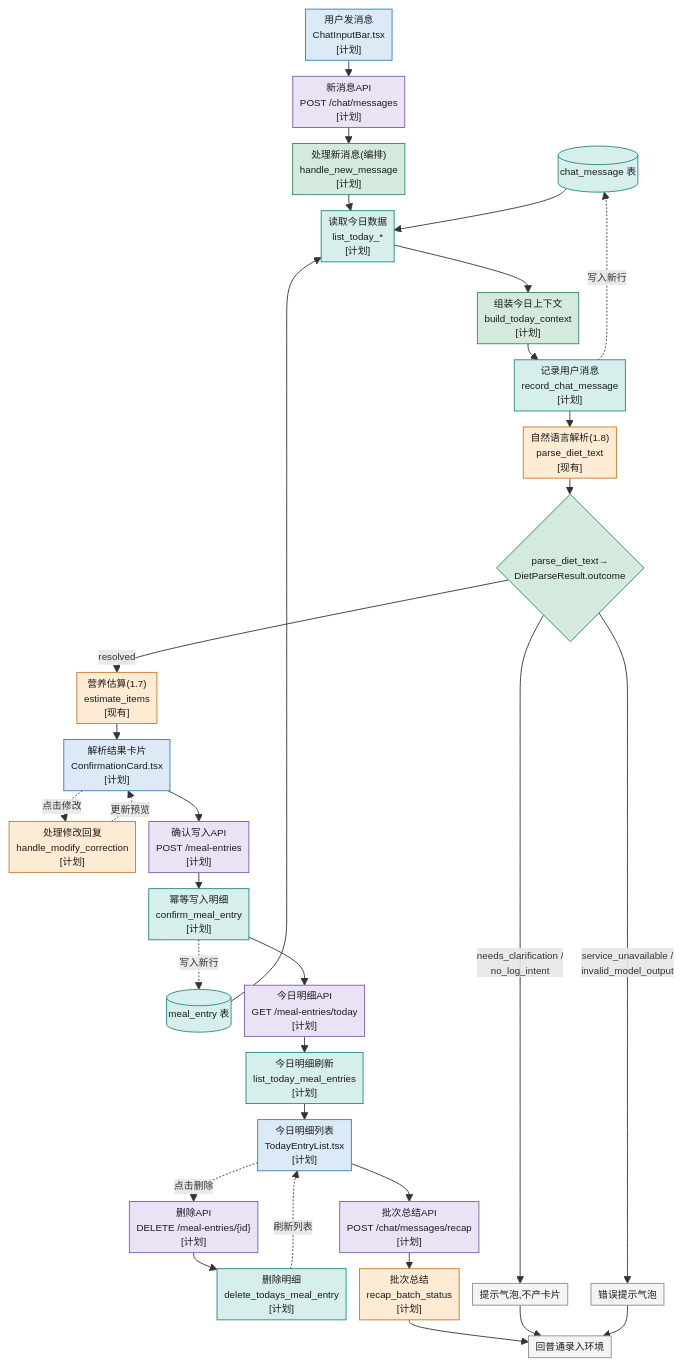
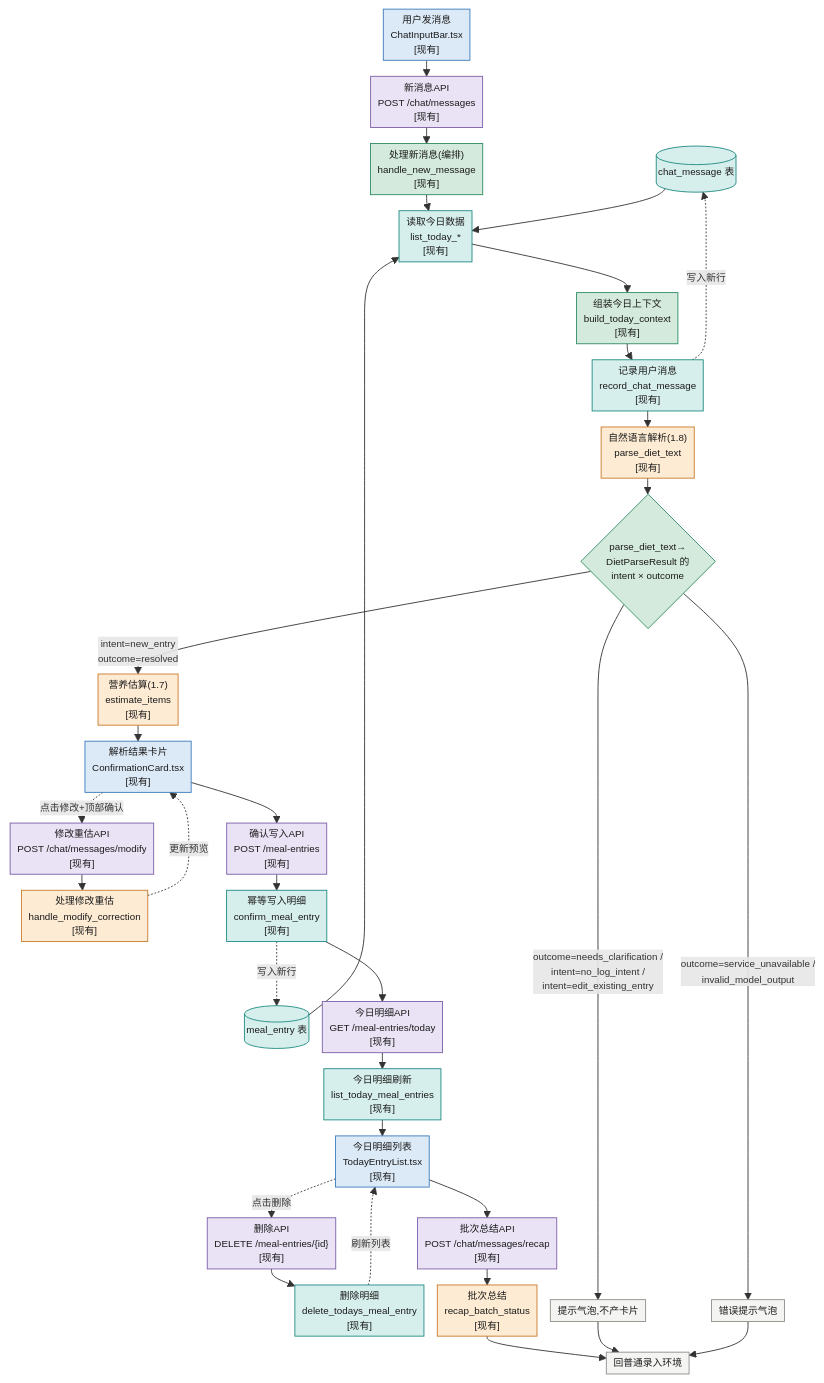
One commit to Yoki-SyZhang/diet-app changed the first of 3 diagrams in tasks/flow_charts/01_09_write_path.md. Above: the diagram before and after it, drawn with Mermaid. The commit also changed other lines of this file and 4 other files, not shown here.

First line of the commit message:
1.9 收尾:STATUS 勾完成,flow_charts 映射改[现有]并补新增环节

````diff
--- a/tasks/flow_charts/01_09_write_path.md
+++ b/tasks/flow_charts/01_09_write_path.md
@@ -50,53 +57,54 @@
 ```mermaid
 %%{init: {'themeVariables': {'fontSize': '11px'}, 'flowchart': {'nodeSpacing': 15, 'rankSpacing': 18, 'padding': 4}}}%%
 flowchart TD
     DB1[("chat_message 表")]
     DB2[("meal_entry 表")]
 
-    A["用户发消息<br/>ChatInputBar.tsx<br/>[计划]"] --> B["新消息API<br/>POST /chat/messages<br/>[计划]"]
-    B --> C["处理新消息(编排)<br/>handle_new_message<br/>[计划]"]
-    C --> READ["读取今日数据<br/>list_today_*<br/>[计划]"]
+    A["用户发消息<br/>ChatInputBar.tsx<br/>[现有]"] --> B["新消息API<br/>POST /chat/messages<br/>[现有]"]
+    B --> C["处理新消息(编排)<br/>handle_new_message<br/>[现有]"]
+    C --> READ["读取今日数据<br/>list_today_*<br/>[现有]"]
     DB1 --> READ
     DB2 --> READ
-    READ --> CTX["组装今日上下文<br/>build_today_context<br/>[计划]"]
-    CTX --> REC["记录用户消息<br/>record_chat_message<br/>[计划]"]
+    READ --> CTX["组装今日上下文<br/>build_today_context<br/>[现有]"]
+    CTX --> REC["记录用户消息<br/>record_chat_message<br/>[现有]"]
     REC -.写入新行.-> DB1
     REC --> P["自然语言解析(1.8)<br/>parse_diet_text<br/>[现有]"]
-    P --> Q{"parse_diet_text→<br/>DietParseResult.outcome"}
+    P --> Q{"parse_diet_text→<br/>DietParseResult 的<br/>intent × outcome"}
 
-    Q -->|"resolved"| D["营养估算(1.7)<br/>estimate_items<br/>[现有]"]
-    D --> E["解析结果卡片<br/>ConfirmationCard.tsx<br/>[计划]"]
-    E -.点击修改.-> MOD["处理修改回复<br/>handle_modify_correction<br/>[计划]"]
+    Q -->|"intent=new_entry<br/>outcome=resolved"| D["营养估算(1.7)<br/>estimate_items<br/>[现有]"]
+    D --> E["解析结果卡片<br/>ConfirmationCard.tsx<br/>[现有]"]
+    E -.点击修改+顶部确认.-> MODAPI["修改重估API<br/>POST /chat/messages/modify<br/>[现有]"]
+    MODAPI --> MOD["处理修改重估<br/>handle_modify_correction<br/>[现有]"]
     MOD -.更新预览.-> E
-    E --> F1["确认写入API<br/>POST /meal-entries<br/>[计划]"]
-    F1 --> F["幂等写入明细<br/>confirm_meal_entry<br/>[计划]"]
+    E --> F1["确认写入API<br/>POST /meal-entries<br/>[现有]"]
+    F1 --> F["幂等写入明细<br/>confirm_meal_entry<br/>[现有]"]
     F -.写入新行.-> DB2
-    F --> G1["今日明细API<br/>GET /meal-entries/today<br/>[计划]"]
-    G1 --> G["今日明细刷新<br/>list_today_meal_entries<br/>[计划]"]
-    G --> TEL["今日明细列表<br/>TodayEntryList.tsx<br/>[计划]"]
-    TEL -.点击删除.-> DELAPI["删除API<br/>DELETE /meal-entries/{id}<br/>[计划]"]
-    DELAPI --> DELFUNC["删除明细<br/>delete_todays_meal_entry<br/>[计划]"]
+    F --> G1["今日明细API<br/>GET /meal-entries/today<br/>[现有]"]
+    G1 --> G["今日明细刷新<br/>list_today_meal_entries<br/>[现有]"]
+    G --> TEL["今日明细列表<br/>TodayEntryList.tsx<br/>[现有]"]
+    TEL -.点击删除.-> DELAPI["删除API<br/>DELETE /meal-entries/{id}<br/>[现有]"]
+    DELAPI --> DELFUNC["删除明细<br/>delete_todays_meal_entry<br/>[现有]"]
     DELFUNC -.刷新列表.-> TEL
-    TEL --> H1["批次总结API<br/>POST /chat/messages/recap<br/>[计划]"]
-    H1 --> H["批次总结<br/>recap_batch_status<br/>[计划]"]
+    TEL --> H1["批次总结API<br/>POST /chat/messages/recap<br/>[现有]"]
+    H1 --> H["批次总结<br/>recap_batch_status<br/>[现有]"]
     H --> I["回普通录入环境"]
 
-    Q -->|"needs_clarification /<br/>no_log_intent"| J["提示气泡,不产卡片"]
+    Q -->|"outcome=needs_clarification /<br/>intent=no_log_intent /<br/>intent=edit_existing_entry"| J["提示气泡,不产卡片"]
     J --> I
 
-    Q -->|"service_unavailable /<br/>invalid_model_output"| K["错误提示气泡"]
+    Q -->|"outcome=service_unavailable /<br/>invalid_model_output"| K["错误提示气泡"]
     K --> I
 
     classDef user fill:#F4F5F3,stroke:#8A9088,color:#1b1b1b;
     classDef frontend fill:#DCEAF7,stroke:#3B7BB8,color:#1b1b1b;
     classDef router fill:#EAE3F5,stroke:#7B5EA8,color:#1b1b1b;
     classDef service fill:#D4EADC,stroke:#2E8B62,color:#1b1b1b;
     classDef llm fill:#FDEBD3,stroke:#C97A2B,color:#1b1b1b;
     classDef db fill:#D6EFEC,stroke:#1F8A82,color:#1b1b1b;
     class A,E,TEL frontend;
-    class B,F1,G1,H1,DELAPI router;
+    class B,F1,G1,H1,MODAPI,DELAPI router;
     class C,CTX,Q service;
     class READ,REC,F,G,DELFUNC,DB1,DB2 db;
     class P,D,MOD,H llm;
     class I,J,K user;
 ```
````
